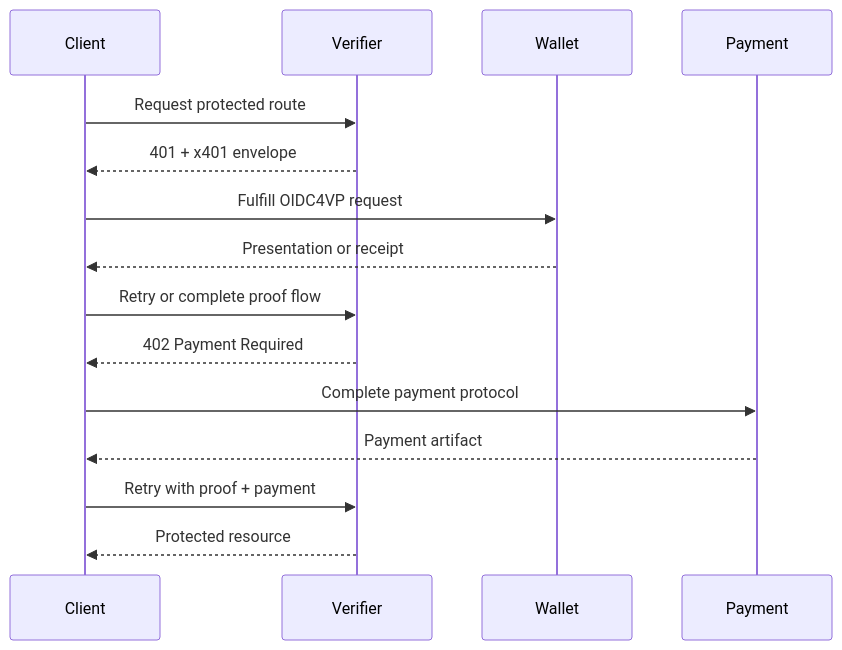
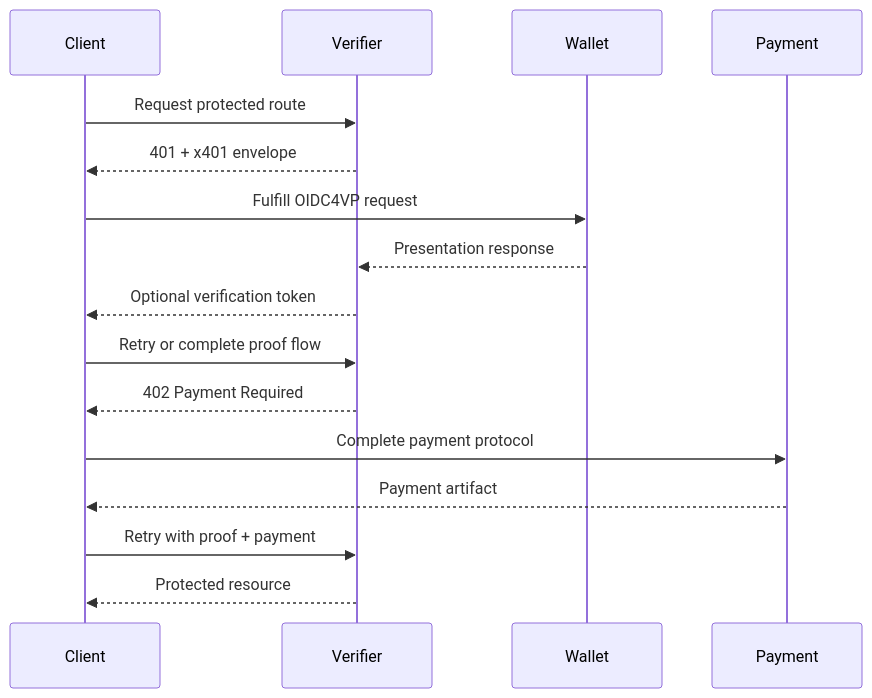
The second of 2 diagrams in spec.md (csuwildcat/P401), drawn with Mermaid before and after one commit. The commit also changed other lines of this file and 2 other files, not shown here.

Commit message:
Adding delegation and reusable token

````diff
--- a/spec.md
+++ b/spec.md
@@ -162,17 +180,18 @@
 ```mermaid
 sequenceDiagram
     participant Client
     participant Verifier
     participant Wallet
     participant Payment
     Client->>Verifier: Request protected route
     Verifier-->>Client: 401 + x401 envelope
     Client->>Wallet: Fulfill OIDC4VP request
-    Wallet-->>Client: Presentation or receipt
+    Wallet-->>Verifier: Presentation response
+    Verifier-->>Client: Optional verification token
     Client->>Verifier: Retry or complete proof flow
     Verifier-->>Client: 402 Payment Required
     Client->>Payment: Complete payment protocol
     Payment-->>Client: Payment artifact
     Client->>Verifier: Retry with proof + payment
     Verifier-->>Client: Protected resource
 ```
````
